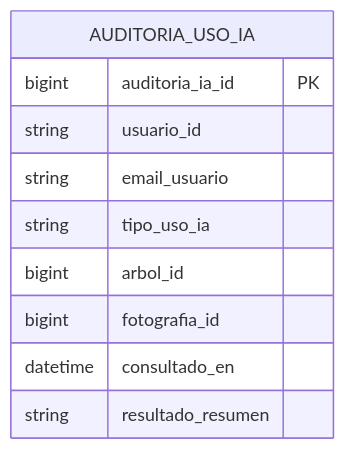
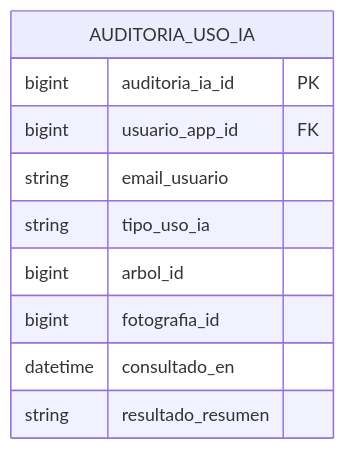
One commit to LIDR-academy/AI4Devs-finalproject changed diagram 13 of 13 in readme.md. Above: the diagram before and after it, drawn with Mermaid. The commit also changed other lines of this file and 32 other files, not shown here.

````diff
--- a/readme.md
+++ b/readme.md
@@ -596,13 +613,13 @@
 ```mermaid
 erDiagram
     AUDITORIA_USO_IA {
         bigint auditoria_ia_id PK
-        string usuario_id
+        bigint usuario_app_id FK
         string email_usuario
         string tipo_uso_ia
         bigint arbol_id
         bigint fotografia_id
         datetime consultado_en
         string resultado_resumen
     }
 ```
````
